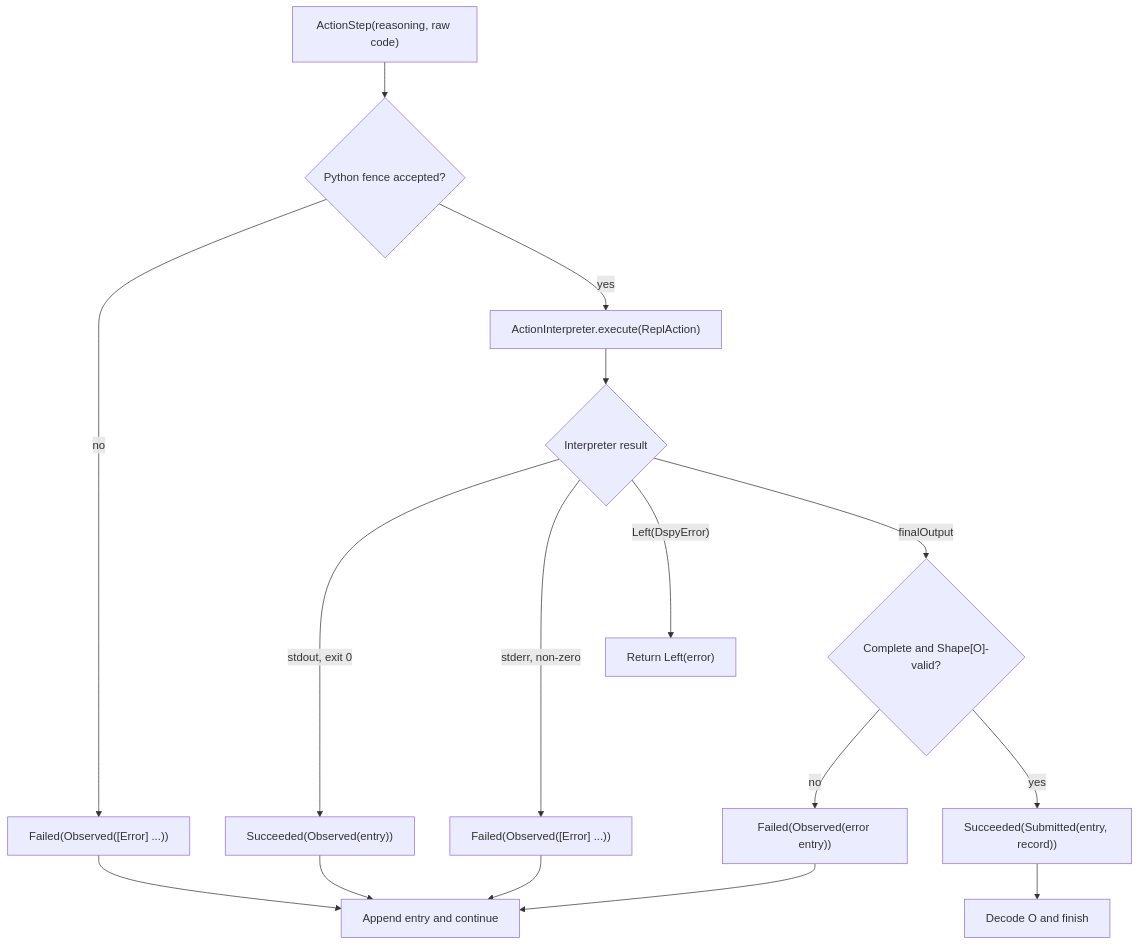
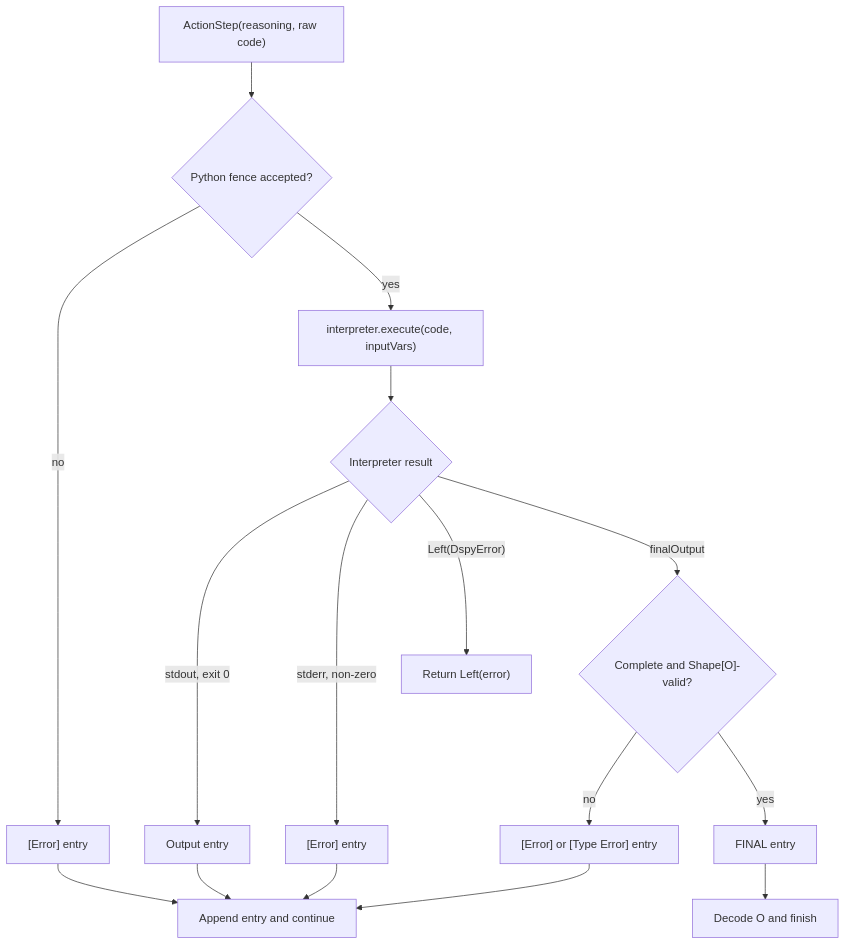
Before and after one commit to jpablo/dspy4s: the third of 6 diagrams in modules/programs/src/main/scala/dspy4s/programs/strategies/RLM.md, drawn with Mermaid. The commit also changed other lines of this file and 634 other files, not shown here.

````diff
--- a/modules/programs/src/main/scala/dspy4s/programs/strategies/RLM.md
+++ b/modules/programs/src/main/scala/dspy4s/programs/strategies/RLM.md
@@ -226,20 +199,20 @@
 ```mermaid
 flowchart TD
     action["ActionStep(reasoning, raw code)"] --> fence{"Python fence accepted?"}
-    fence -->|"no"| fenceError["Failed(Observed([Error] ...))"]
-    fence -->|"yes"| run["ActionInterpreter.execute(ReplAction)"]
+    fence -->|"no"| fenceError["[Error] entry"]
+    fence -->|"yes"| run["interpreter.execute(code, inputVars)"]
 
     run --> result{"Interpreter result"}
-    result -->|"stdout, exit 0"| observed["Succeeded(Observed(entry))"]
-    result -->|"stderr, non-zero"| userError["Failed(Observed([Error] ...))"]
+    result -->|"stdout, exit 0"| observed["Output entry"]
+    result -->|"stderr, non-zero"| userError["[Error] entry"]
     result -->|"Left(DspyError)"| interpreterError["Return Left(error)"]
     result -->|"finalOutput"| submit{"Complete and Shape[O]-valid?"}
-    submit -->|"no"| submitError["Failed(Observed(error entry))"]
-    submit -->|"yes"| submitted["Succeeded(Submitted(entry, record))"]
+    submit -->|"no"| submitError["[Error] or [Type Error] entry"]
+    submit -->|"yes"| submitted["FINAL entry"]
 
     fenceError --> continue["Append entry and continue"]
     observed --> continue
     userError --> continue
     submitError --> continue
     submitted --> done["Decode O and finish"]
 ```
````
